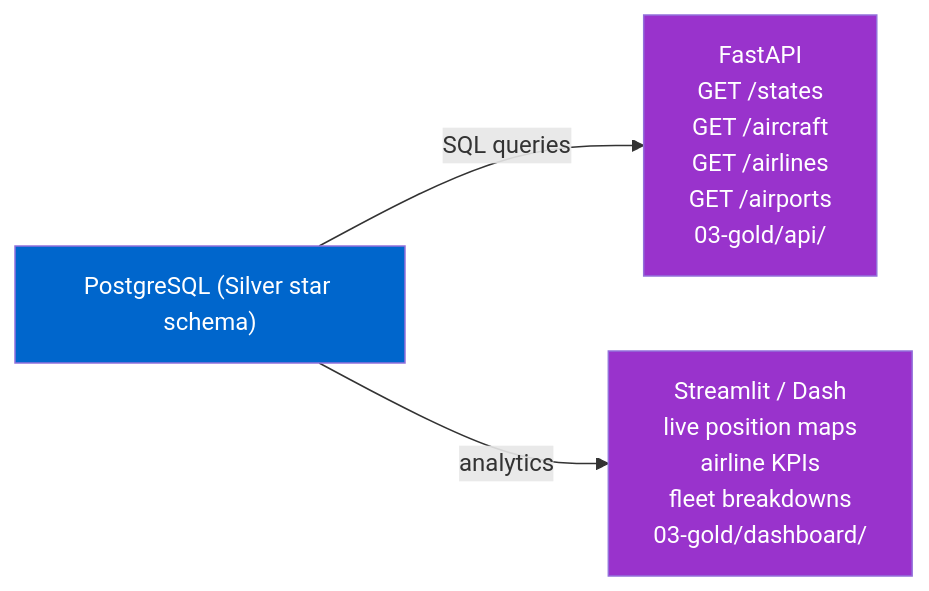
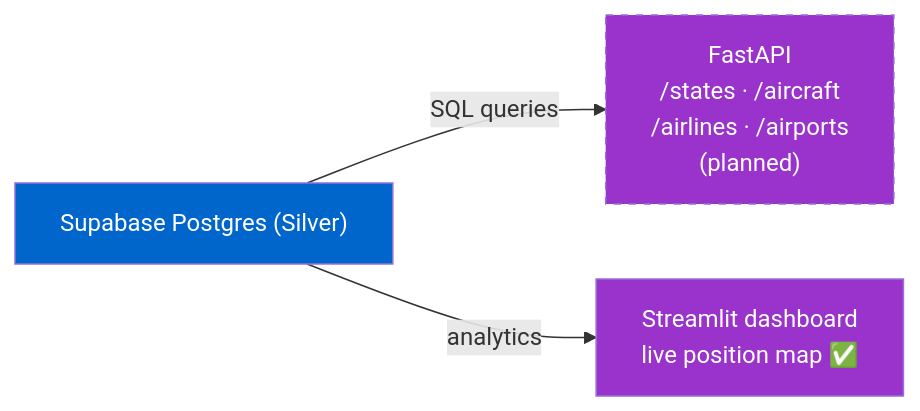
One commit to MatthiasSails/airline-data-platform changed the third of 5 diagrams in docs/architecture/README.md. Above: the diagram before and after it, drawn with Mermaid. The commit also changed other lines of this file and 18 other files, not shown here.

````diff
--- a/docs/architecture/README.md
+++ b/docs/architecture/README.md
@@ -109,11 +87,10 @@
 ```mermaid
 graph LR
-    PG["PostgreSQL (Silver star schema)"]
-
-    PG -->|SQL queries| API["FastAPI<br/>GET /states<br/>GET /aircraft<br/>GET /airlines<br/>GET /airports<br/>03-gold/api/"]
-    PG -->|analytics| DASH["Streamlit / Dash<br/>live position maps<br/>airline KPIs<br/>fleet breakdowns<br/>03-gold/dashboard/"]
+    PG["Supabase Postgres (Silver)"]
+    PG -->|SQL queries| API["FastAPI<br/>/states · /aircraft<br/>/airlines · /airports<br/>(planned)"]
+    PG -->|analytics| DASH["Streamlit dashboard<br/>live position map ✅"]
 
     style PG fill:#0066CC,color:#fff
-    style API fill:#9933CC,color:#fff
+    style API fill:#9933CC,color:#fff,stroke-dasharray:5 5
     style DASH fill:#9933CC,color:#fff
 ```
````
